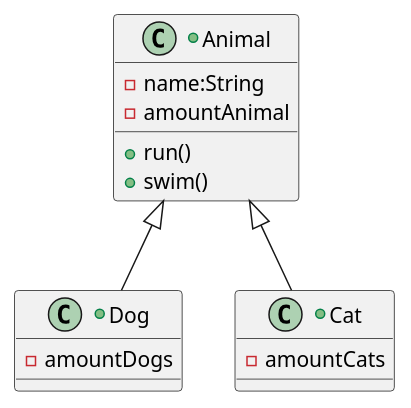
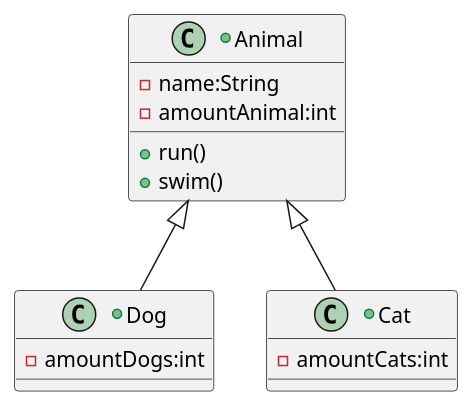
One commit to pohorelov13/inheritance-task changed the diagram in Inheritance.puml. Above: the diagram before and after it, drawn with PlantUML. The commit also changed 1 other file, not shown here.

Commit message:
Change UML diagram

```diff
--- a/Inheritance.puml
+++ b/Inheritance.puml
@@ -1,21 +1,21 @@
 @startuml
 
 +class Animal {
 -name:String
--amountAnimal
+-amountAnimal:int
 
 +run()
 +swim()
 }
 
 +class Dog {
--amountDogs
+-amountDogs:int
 }
 
 +class Cat {
--amountCats
+-amountCats:int
 }
 
 Animal <|-- Dog
 Animal <|-- Cat
 @enduml
```
